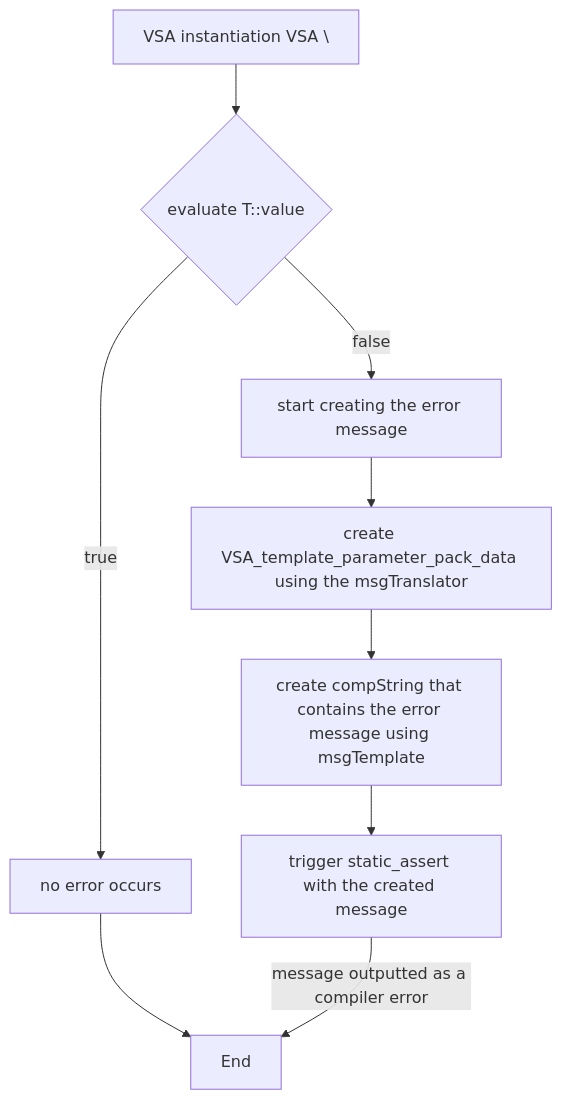
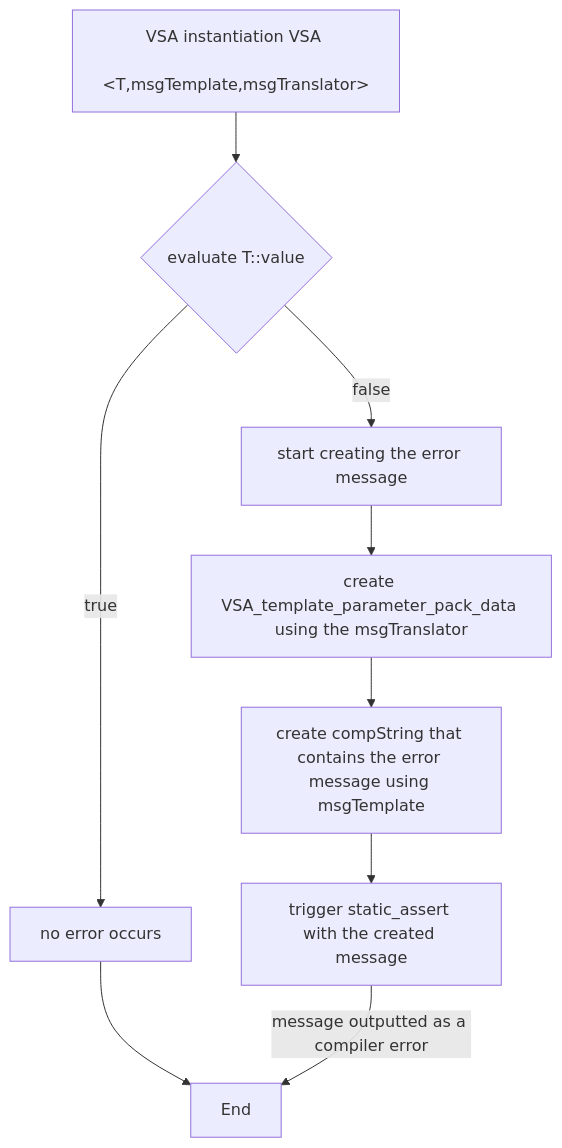
The diagram in docs/verbose static assert.md (Alexey-Saldyrkine/Compiletime-String-and-Verbose-Static-Assert), drawn with Mermaid before and after one commit.

Commit message:
Update verbose static assert.md

````diff
--- a/docs/verbose static assert.md
+++ b/docs/verbose static assert.md
@@ -22,11 +22,11 @@
 ```mermaid
 flowchart TD
-	A["VSA instantiation VSA \<T,msgTemplate,msgTranslator\>"] --> B{ evaluate T::value }
+	A["VSA instantiation VSA <br> &lt;T,msgTemplate,msgTranslator&gt;"] --> B{ evaluate T::value }
 	B -- true --> C[no error occurs]
 	C --> D[End]
 	B -- false --> E[start creating the error message]
 	E --> F[create VSA_template_parameter_pack_data using the msgTranslator]
 	F --> G[create compString that contains the error message using msgTemplate]
 	G --> H[trigger static_assert with the created message]
 	H -- message outputted as a compiler error --> D[End]
 ```
````
